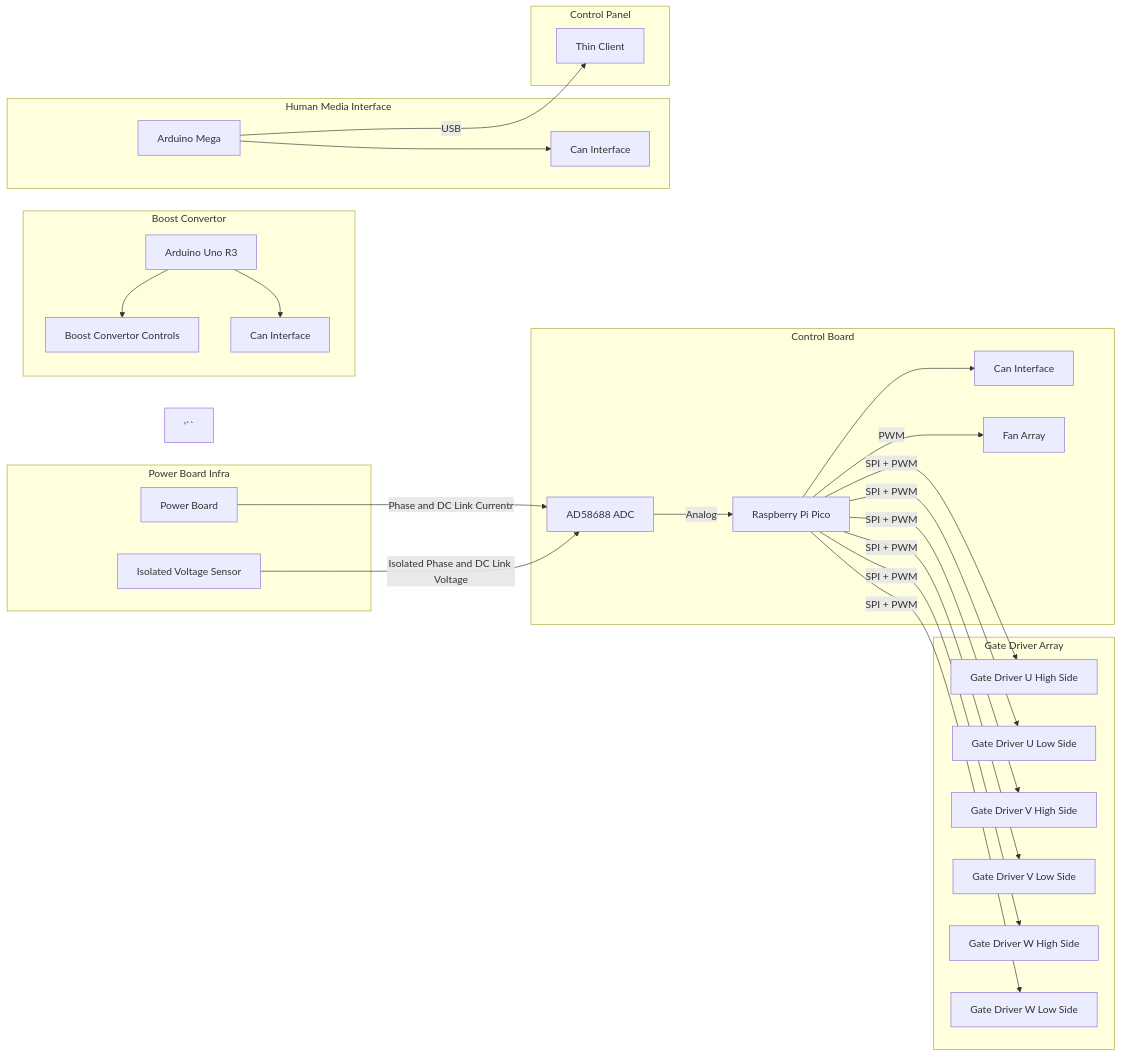
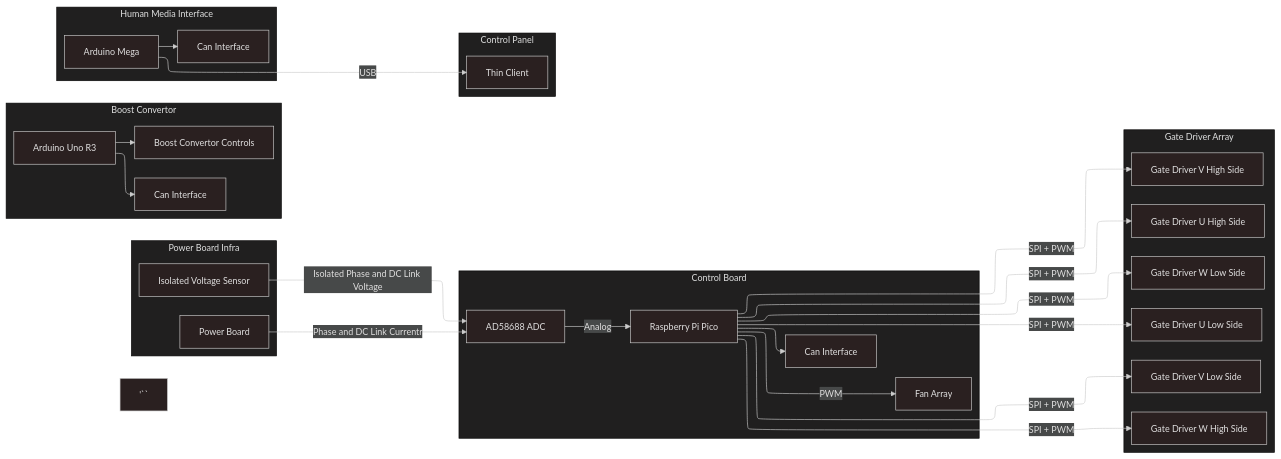
The diagram in docs/Railspeeder-Systems.md (Slugbotics/railspeeder-docs), drawn with Mermaid before and after one commit.

Commit message:
Formatting

````diff
--- a/docs/Railspeeder-Systems.md
+++ b/docs/Railspeeder-Systems.md
@@ -17,62 +17,67 @@
 ```mermaid
+---
+config:
+  theme: neo-dark
+  layout: elk
+---
 flowchart LR
 
     subgraph CB[Control Board]
         PICO[Raspberry Pi Pico]
         ADC[AD58688 ADC]
         CAN[Can Interface]
         FAN[Fan Array]
 
         ADC-->|Analog|PICO
 
         PICO-->CAN
         PICO-->|PWM|FAN        
     end
 
     subgraph GDA[Gate Driver Array]
         UH[Gate Driver U High Side]
         UL[Gate Driver U Low Side]
         VH[Gate Driver V High Side]
         VL[Gate Driver V Low Side]
         WH[Gate Driver W High Side]
         WL[Gate Driver W Low Side]
 
         PICO-->|SPI + PWM|UH
         PICO-->|SPI + PWM|UL
         PICO-->|SPI + PWM|VH
         PICO-->|SPI + PWM|VL
         PICO-->|SPI + PWM|WH
         PICO-->|SPI + PWM|WL
 
     end
 
     subgraph PBI[Power Board Infra]
         PB[Power Board]
         IV[Isolated Voltage Sensor]
 
         PB-->|Phase and DC Link Currentr|ADC
         IV-->|Isolated Phase and DC Link Voltage|ADC
     end
 
     subgraph BC[Boost Convertor]
         R3[Arduino Uno R3]
         BCC[Boost Convertor Controls]
         CAB[Can Interface]
 
         R3-->BCC
         R3-->CAB
     end
 
     subgraph HMI[Human Media Interface]
         AM[Arduino Mega]
         CAH[Can Interface]
 
         AM-->CAH
     end
 
     subgraph CP[Control Panel]
         TC[Thin Client]
         AM-->|USB|TC
     end
 '``
 ```
````
